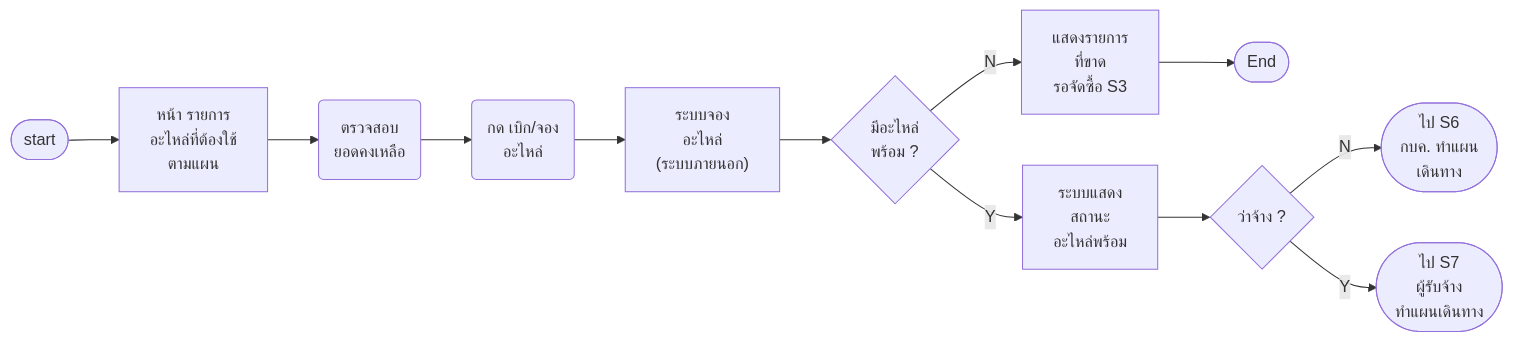
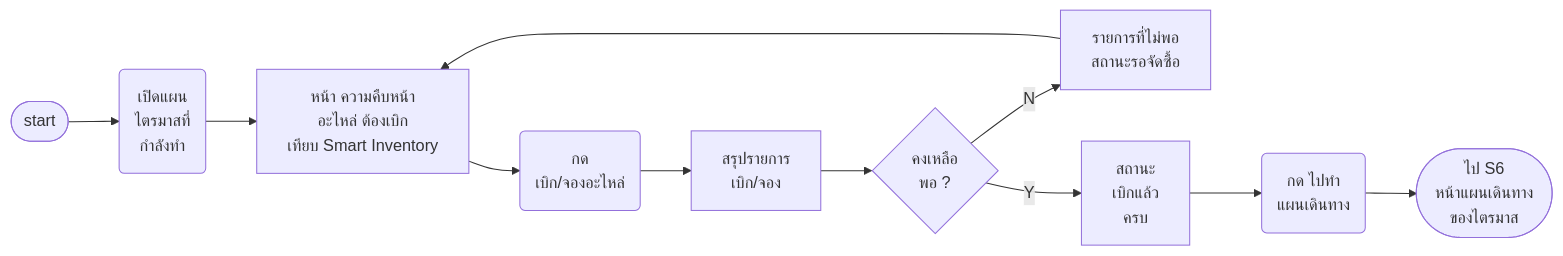
One commit to anugmail/Maintenance-Request-Form changed the third of 21 diagrams in Diagram/01-บำรุงรักษาตามวาระ/14-บำรุงรักษา-userflow.md. Above: the diagram before and after it, drawn with Mermaid. The commit also changed other lines of this file and 24 other files, not shown here.

First line of the commit message:
บำรุงรักษา: S10 กบค. / S23 ผู้รับจ้าง (แยก view · ส่งตรวจงาน · เพิ่ม แก้ไข ลบ อะไหล่และภาพ) · S11 ตรวจรับรายคันแบบการ์ด S2 · use case 76 ข้อ + ตาม scenario · export ทั้งชุดลงหน้า Maintainance

````diff
--- a/Diagram/01-บำรุงรักษาตามวาระ/14-บำรุงรักษา-userflow.md
+++ b/Diagram/01-บำรุงรักษาตามวาระ/14-บำรุงรักษา-userflow.md
@@ -215,16 +193,15 @@
 ```mermaid
 flowchart LR
-    S([start]) --> D1["หน้า รายการ<br/>อะไหล่ที่ต้องใช้<br/>ตามแผน"]
-    D1 --> A1("ตรวจสอบ<br/>ยอดคงเหลือ")
-    A1 --> A2("กด เบิก/จอง<br/>อะไหล่")
-    A2 --> D2["ระบบจอง<br/>อะไหล่<br/>(ระบบภายนอก)"]
-    D2 --> Q1{"มีอะไหล่<br/>พร้อม ?"}
-    Q1 -->|N| D3["แสดงรายการ<br/>ที่ขาด<br/>รอจัดซื้อ S3"]
-    D3 --> E1([End])
-    Q1 -->|Y| D4["ระบบแสดง<br/>สถานะ<br/>อะไหล่พร้อม"]
-    D4 --> Q2{"ว่าจ้าง ?"}
-    Q2 -->|N| E2(["ไป S6<br/>กบค. ทำแผน<br/>เดินทาง"])
-    Q2 -->|Y| E3(["ไป S7<br/>ผู้รับจ้าง<br/>ทำแผนเดินทาง"])
-    %% Q: D2 | Q9 ❓ "ระบบจองอะไหล่" คือระบบไหน (Smart Inventory / App ขออะไหล่) เชื่อมกับ VMS+ ยังไง
-    %% Q: Q2 | Q10 ❓ ตัดสินใจว่าจ้างต่อแผนทั้งใบ หรือต่อคัน/ต่อพื้นที่
+    S([start]) --> A0("เปิดแผน<br/>ไตรมาสที่<br/>กำลังทำ")
+    A0 --> D1["หน้า ความคืบหน้า<br/>อะไหล่ ต้องเบิก<br/>เทียบ Smart Inventory"]
+    D1 --> A2("กด<br/>เบิก/จองอะไหล่")
+    A2 --> D2["สรุปรายการ<br/>เบิก/จอง"]
+    D2 --> Q1{"คงเหลือ<br/>พอ ?"}
+    Q1 -->|N| D3["รายการที่ไม่พอ<br/>สถานะรอจัดซื้อ"]
+    D3 --> D1
+    Q1 -->|Y| D4["สถานะ<br/>เบิกแล้ว<br/>ครบ"]
+    D4 --> A3("กด ไปทำ<br/>แผนเดินทาง")
+    A3 --> E1(["ไป S6<br/>หน้าแผนเดินทาง<br/>ของไตรมาส"])
+    %% Q: D1 | Q9 ❓ เชื่อม Smart Inventory กับ VMS+ ยังไง (ดึงคงเหลือ · ส่งเบิก/จอง)
+    %% Q: D3 | Q6 ❓ อะไหล่ไม่พอ จัดซื้อนอกระบบ หรือต้องบันทึกในระบบ · สถานะรอจัดซื้อเปลี่ยนเป็นเบิกแล้วเมื่อไหร่
 ```
````
